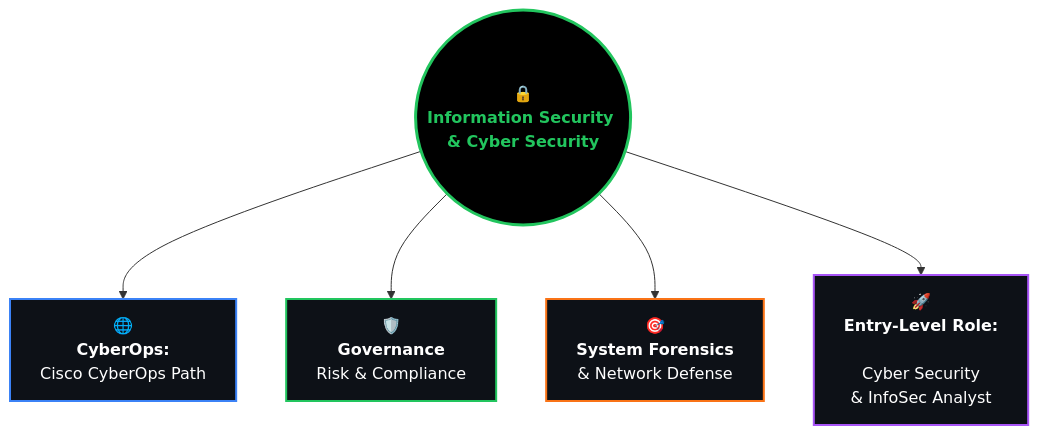
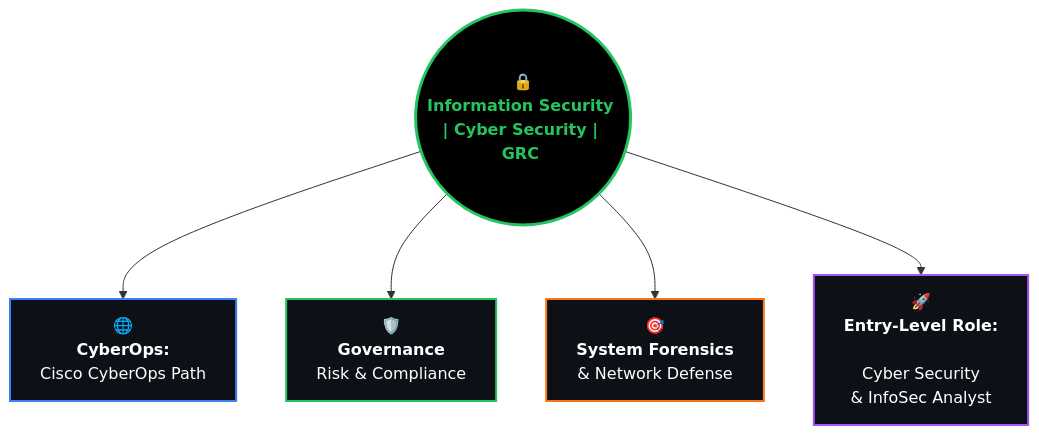
The diagram in README.md (oforidzam/agomatsa), drawn with Mermaid before and after one commit.

````diff
--- a/README.md
+++ b/README.md
@@ -39,14 +39,14 @@
 ```mermaid
 flowchart TD
-    Z(("🔒<br/><b>Information Security & Cyber Security<br/</b>"))
+    Z(("🔒<br/><b>Information Security | Cyber Security | GRC <br/</b>"))
     Z --> A["🌐<br/><b>CyberOps:</b><br/>Cisco CyberOps Path"]
     Z --> B["🛡️<br/><b>Governance </b><br/>Risk & Compliance"]
     Z --> C["🎯<br/><b>System Forensics </b><br/> & Network Defense"]
     Z --> D["🚀<br/><b>Entry-Level Role: </b><br/><br>Cyber Security </br>& InfoSec Analyst"]
 
     style Z fill:#000000,stroke:#22c55e,stroke-width:3px,color:#22c55e
     style A fill:#0d1117,stroke:#3b82f6,stroke-width:2px,color:#fff
     style B fill:#0d1117,stroke:#22c55e,stroke-width:2px,color:#fff
     style C fill:#0d1117,stroke:#f97316,stroke-width:2px,color:#fff
     style D fill:#0d1117,stroke:#a855f7,stroke-width:2px,color:#fff
 ```
````
